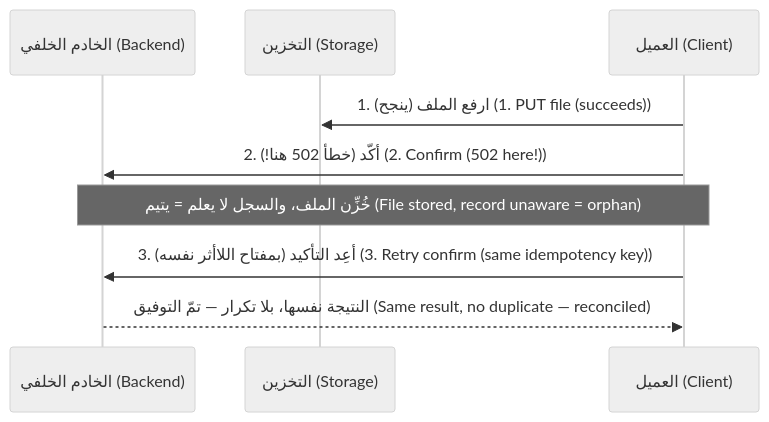
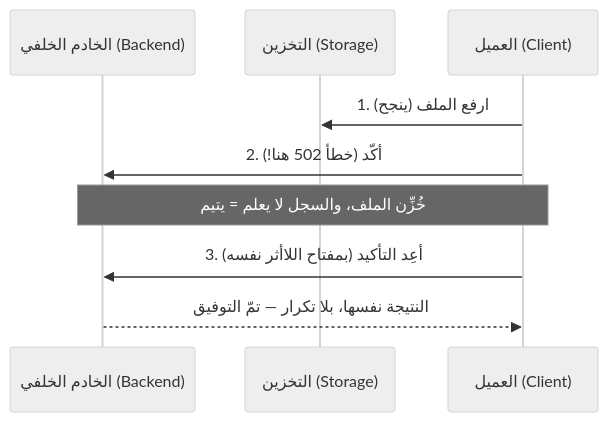
One commit to Tamoura/system-design-for-vibe-coders changed the sixth of 7 diagrams in modules/06-many-clients/module.ar.md. Above: the diagram before and after it, drawn with Mermaid (neutral theme). The commit also changed other lines of this file and 551 other files, not shown here.

````diff
--- a/modules/06-many-clients/module.ar.md
+++ b/modules/06-many-clients/module.ar.md
@@ -703,11 +703,11 @@
 ```mermaid
 sequenceDiagram
     participant API as الخادم الخلفي (Backend)
     participant S as التخزين (Storage)
     participant C as العميل (Client)
-    C->>S: 1. ارفع الملف (ينجح) (1. PUT file (succeeds))
-    C->>API: 2. أكّد (خطأ 502 هنا!) (2. Confirm (502 here!))
-    Note over C,API: خُزِّن الملف، والسجل لا يعلم = يتيم (File stored, record unaware = orphan)
-    C->>API: 3. أعِد التأكيد (بمفتاح اللاأثر نفسه) (3. Retry confirm (same idempotency key))
-    API-->>C: النتيجة نفسها، بلا تكرار — تمّ التوفيق (Same result, no duplicate — reconciled)
+    C->>S: 1. ارفع الملف (ينجح)
+    C->>API: 2. أكّد (خطأ 502 هنا!)
+    Note over C,API: خُزِّن الملف، والسجل لا يعلم = يتيم
+    C->>API: 3. أعِد التأكيد (بمفتاح اللاأثر نفسه)
+    API-->>C: النتيجة نفسها، بلا تكرار — تمّ التوفيق
 ```
````
